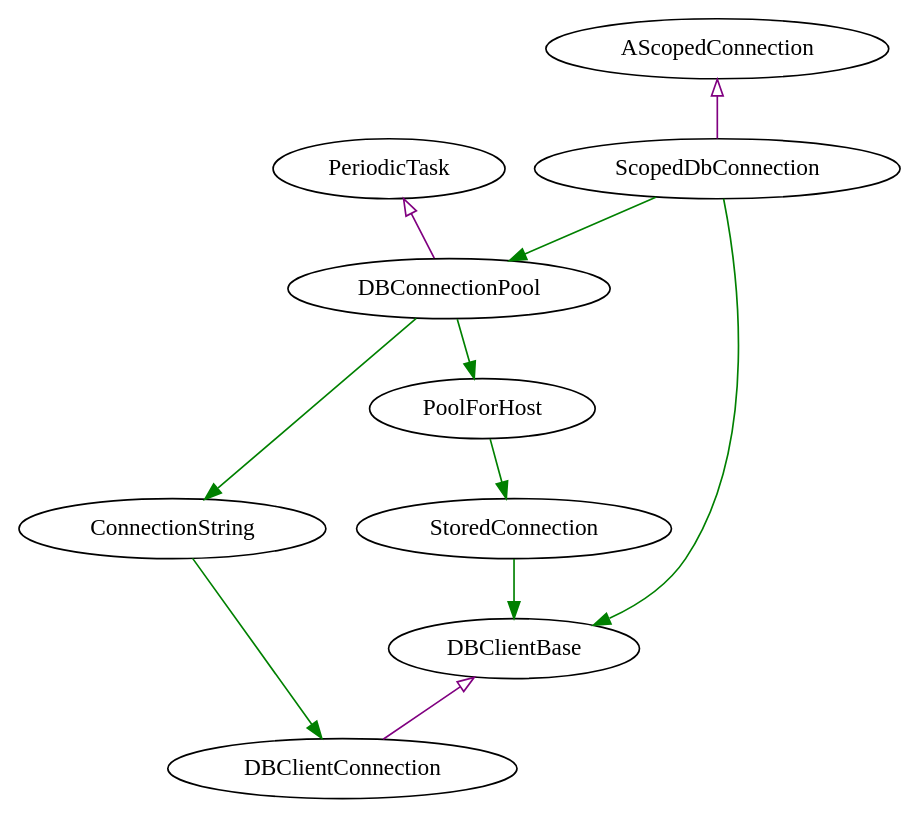
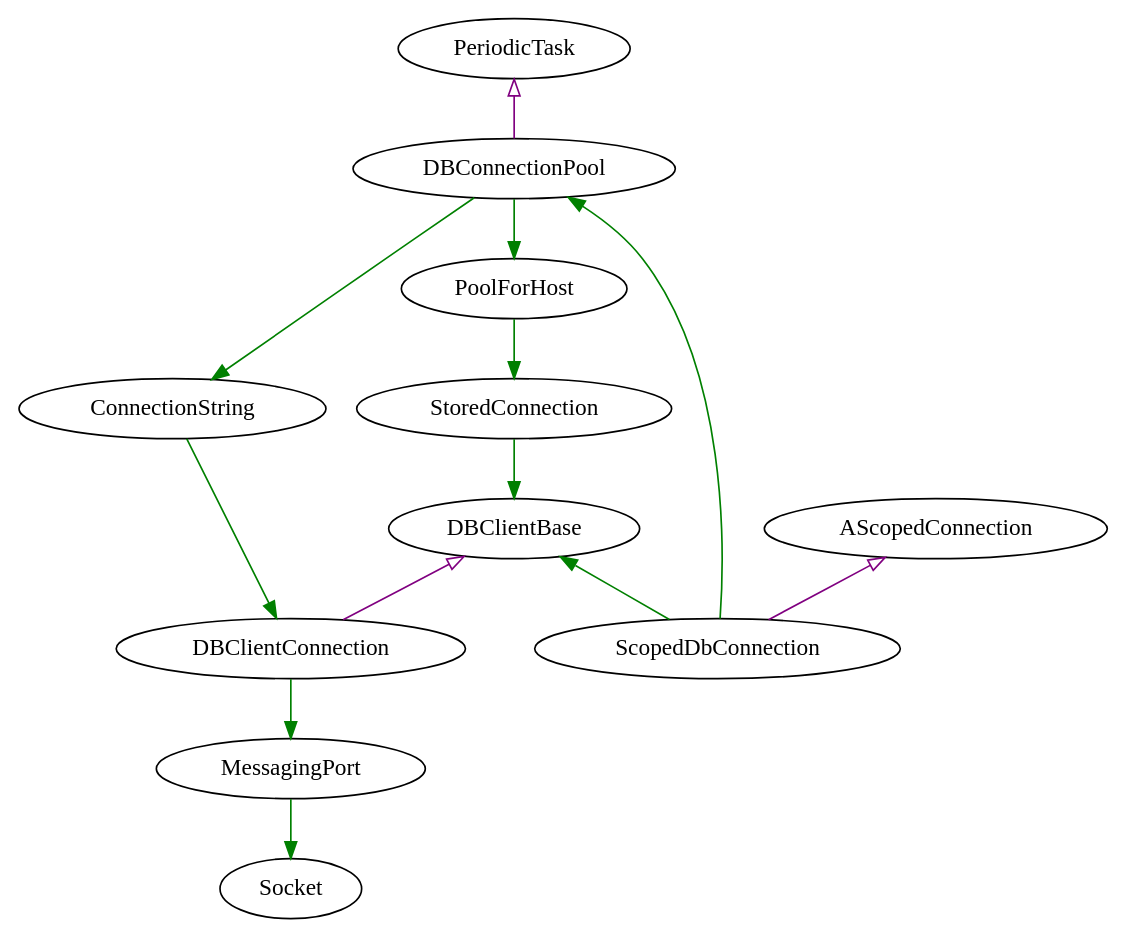
Before and after one commit to duanguoxue/tips: the diagram in dot/mongo-cxx.dot, drawn with Graphviz.

Commit message:
mongo-cxx class diagram

```diff
--- a/dot/mongo-cxx.dot
+++ b/dot/mongo-cxx.dot
@@ -1,13 +1,15 @@
 digraph mongo_cxx_dot {
+ //mongo cxx driver  libmongoclient.a class diagram
  //inheritance level
  edge [color=purple,arrowtail="empty",dir="back"];
  PeriodicTask->DBConnectionPool;
  DBClientBase->DBClientConnection;
  AScopedConnection->ScopedDbConnection;
  
  //dependency level
  edge [color=green,arrowhead="normal",dir="forward"];
  DBConnectionPool->PoolForHost->StoredConnection->DBClientBase;
- DBConnectionPool->ConnectionString->DBClientConnection;
+ DBConnectionPool->ConnectionString->DBClientConnection->MessagingPort->Socket;
  ScopedDbConnection->{ DBClientBase DBConnectionPool};
+ {rank=same;ScopedDbConnection;DBClientConnection;}
 }
```
